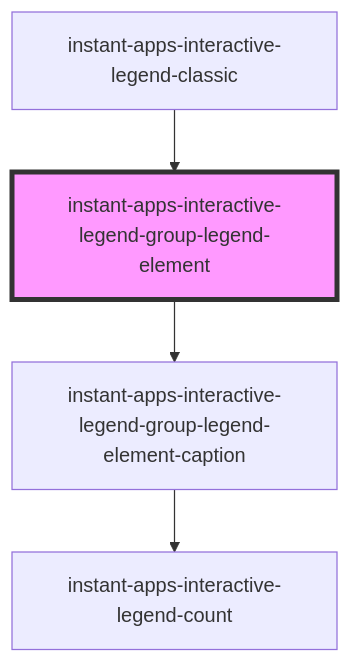
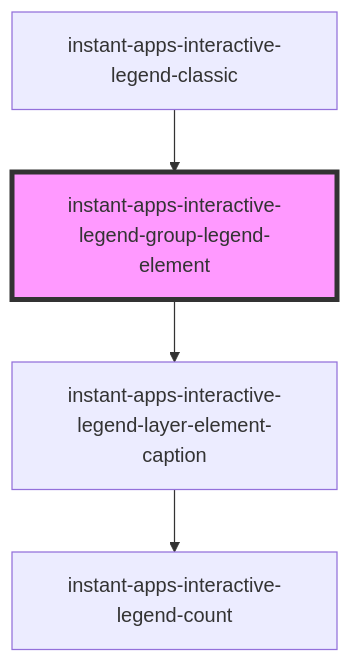
Before and after one commit to Esri/instant-apps-components: the diagram in src/components/instant-apps-interactive-legend/instant-apps-interactive-legend-group-legend-element/readme.md, drawn with Mermaid. The commit also changed other lines of this file and 7 other files, not shown here.

````diff
--- a/src/components/instant-apps-interactive-legend/instant-apps-interactive-legend-group-legend-element/readme.md
+++ b/src/components/instant-apps-interactive-legend/instant-apps-interactive-legend-group-legend-element/readme.md
@@ -29,7 +30,7 @@
 ```mermaid
 graph TD;
-  instant-apps-interactive-legend-group-legend-element --> instant-apps-interactive-legend-group-legend-element-caption
-  instant-apps-interactive-legend-group-legend-element-caption --> instant-apps-interactive-legend-count
+  instant-apps-interactive-legend-group-legend-element --> instant-apps-interactive-legend-layer-element-caption
+  instant-apps-interactive-legend-layer-element-caption --> instant-apps-interactive-legend-count
   instant-apps-interactive-legend-classic --> instant-apps-interactive-legend-group-legend-element
   style instant-apps-interactive-legend-group-legend-element fill:#f9f,stroke:#333,stroke-width:4px
 ```
````
